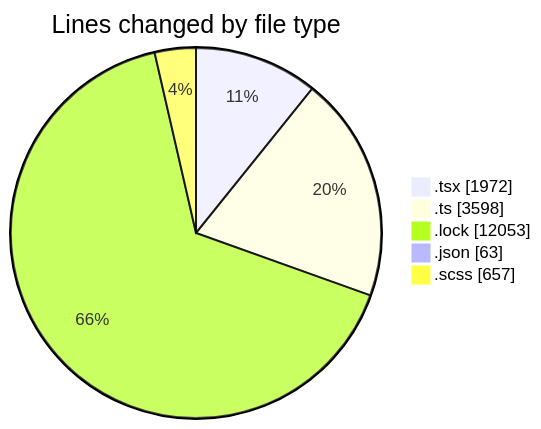
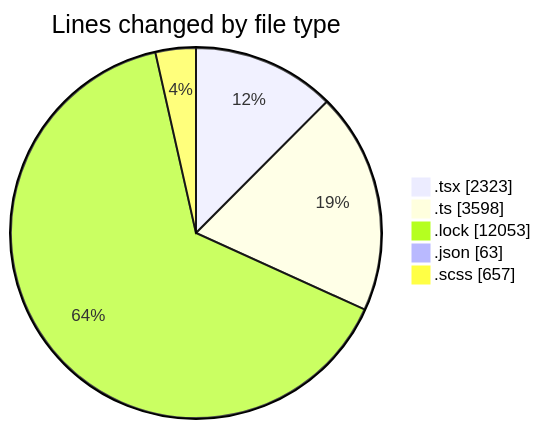
The first of 2 diagrams in 2025-12-03/cda/README.md (momahboobian/code-tracking), drawn with Mermaid before and after one commit. The commit also changed other lines of this file and 1 other file, not shown here.

````diff
--- a/2025-12-03/cda/README.md
+++ b/2025-12-03/cda/README.md
@@ -28,9 +29,9 @@
 ```mermaid
 pie showData
 title Lines changed by file type
-".tsx" : 1972
+".tsx" : 2323
 ".ts" : 3598
 ".lock" : 12053
 ".json" : 63
 ".scss" : 657
 ```
````
